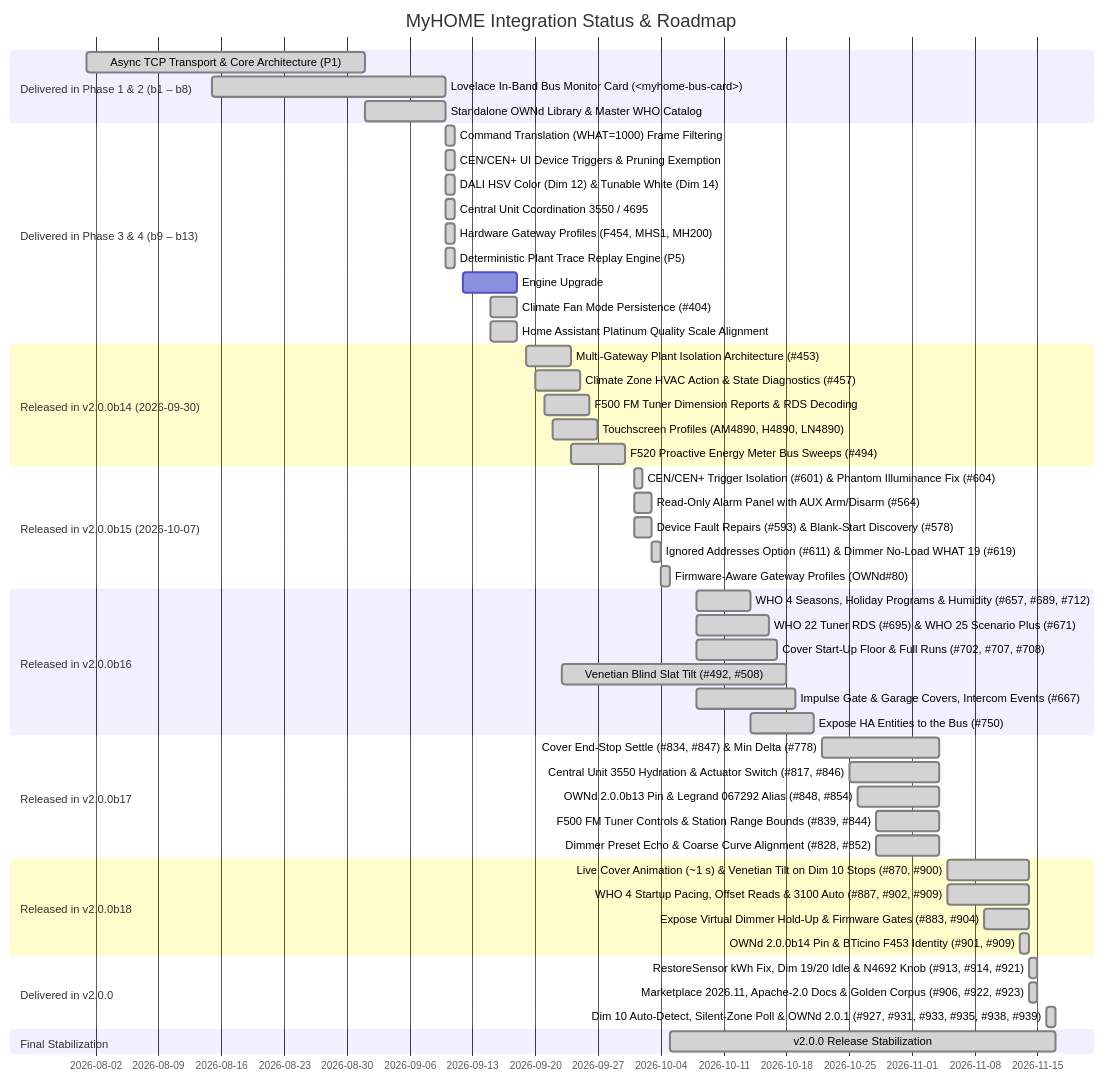
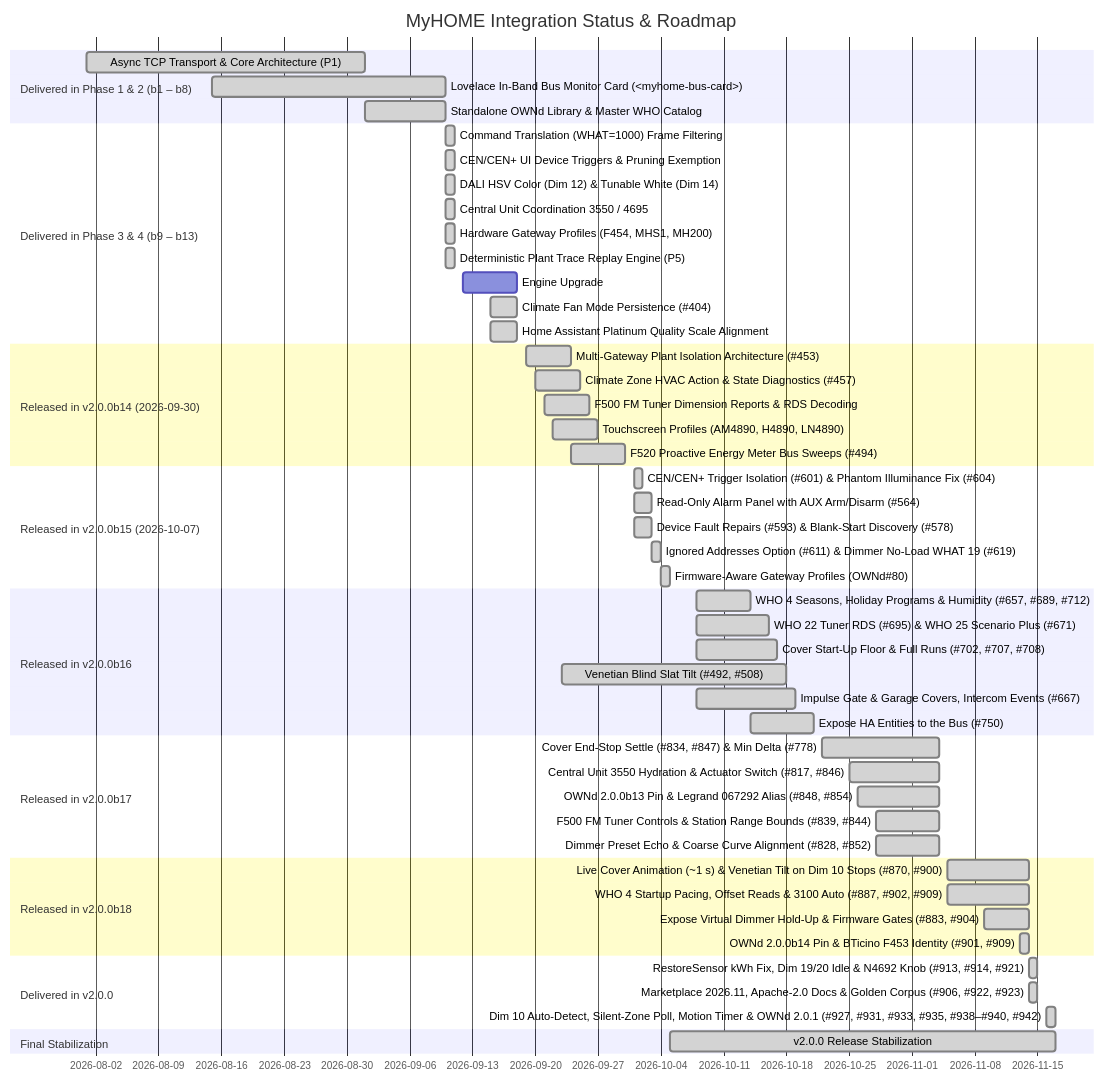
The first of 3 diagrams in docs/roadmap.md (OpenWebNet-HA/MyHOME), drawn with Mermaid before and after one commit. The commit also changed other lines of this file and 4 other files, not shown here.

````diff
--- a/docs/roadmap.md
+++ b/docs/roadmap.md
@@ -16,55 +16,55 @@
 ```mermaid
 gantt
     title MyHOME Integration Status & Roadmap
     dateFormat  YYYY-MM-DD
     section Delivered in Phase 1 & 2 (b1 – b8)
     Async TCP Transport & Core Architecture (P1)     :done, 2026-08-01, 2026-09-01
     Lovelace In-Band Bus Monitor Card (<myhome-bus-card>) :done, 2026-08-15, 2026-09-10
     Standalone OWNd Library & Master WHO Catalog     :done, 2026-09-01, 2026-09-10
     section Delivered in Phase 3 & 4 (b9 – b13)
     Command Translation (WHAT=1000) Frame Filtering   :done, 2026-09-10, 2026-09-11
     CEN/CEN+ UI Device Triggers & Pruning Exemption  :done, 2026-09-10, 2026-09-11
     DALI HSV Color (Dim 12) & Tunable White (Dim 14) :done, 2026-09-10, 2026-09-11
     Central Unit Coordination 3550 / 4695            :done, 2026-09-10, 2026-09-11
     Hardware Gateway Profiles (F454, MHS1, MH200)   :done, 2026-09-10, 2026-09-11
     Deterministic Plant Trace Replay Engine (P5)     :done, 2026-09-10, 2026-09-11
     Engine Upgrade: OWNd 2.0.0b8 (HMAC SHA-1/SHA-256) :done, 2026-09-12, 2026-09-18
     Climate Fan Mode Persistence (#404)              :done, 2026-09-15, 2026-09-18
     Home Assistant Platinum Quality Scale Alignment  :done, 2026-09-15, 2026-09-18
     section Released in v2.0.0b14 (2026-09-30)
     Multi-Gateway Plant Isolation Architecture (#453) :done, 2026-09-19, 2026-09-24
     Climate Zone HVAC Action & State Diagnostics (#457) :done, 2026-09-20, 2026-09-25
     F500 FM Tuner Dimension Reports & RDS Decoding   :done, 2026-09-21, 2026-09-26
     Touchscreen Profiles (AM4890, H4890, LN4890)     :done, 2026-09-22, 2026-09-27
     F520 Proactive Energy Meter Bus Sweeps (#494)    :done, 2026-09-24, 2026-09-30
     section Released in v2.0.0b15 (2026-10-07)
     CEN/CEN+ Trigger Isolation (#601) & Phantom Illuminance Fix (#604) :done, 2026-10-01, 2026-10-02
     Read-Only Alarm Panel with AUX Arm/Disarm (#564)  :done, 2026-10-01, 2026-10-03
     Device Fault Repairs (#593) & Blank-Start Discovery (#578) :done, 2026-10-01, 2026-10-03
     Ignored Addresses Option (#611) & Dimmer No-Load WHAT 19 (#619) :done, 2026-10-03, 2026-10-04
     Firmware-Aware Gateway Profiles (OWNd#80)         :done, 2026-10-04, 2026-10-05
     section Released in v2.0.0b16
     WHO 4 Seasons, Holiday Programs & Humidity (#657, #689, #712) :done, 2026-10-08, 2026-10-14
     WHO 22 Tuner RDS (#695) & WHO 25 Scenario Plus (#671) :done, 2026-10-08, 2026-10-16
     Cover Start-Up Floor & Full Runs (#702, #707, #708) :done, 2026-10-08, 2026-10-17
     Venetian Blind Slat Tilt (#492, #508)             :done, 2026-09-23, 2026-10-18
     Impulse Gate & Garage Covers, Intercom Events (#667) :done, 2026-10-08, 2026-10-19
     Expose HA Entities to the Bus (#750)              :done, 2026-10-14, 2026-10-21
     section Released in v2.0.0b17
     Cover End-Stop Settle (#834, #847) & Min Delta (#778) :done, 2026-10-22, 2026-11-04
     Central Unit 3550 Hydration & Actuator Switch (#817, #846) :done, 2026-10-25, 2026-11-04
     OWNd 2.0.0b13 Pin & Legrand 067292 Alias (#848, #854) :done, 2026-10-26, 2026-11-04
     F500 FM Tuner Controls & Station Range Bounds (#839, #844) :done, 2026-10-28, 2026-11-04
     Dimmer Preset Echo & Coarse Curve Alignment (#828, #852) :done, 2026-10-28, 2026-11-04
     section Released in v2.0.0b18
     Live Cover Animation (~1 s) & Venetian Tilt on Dim 10 Stops (#870, #900) :done, 2026-11-05, 2026-11-14
     WHO 4 Startup Pacing, Offset Reads & 3100 Auto (#887, #902, #909) :done, 2026-11-05, 2026-11-14
     Expose Virtual Dimmer Hold-Up & Firmware Gates (#883, #904) :done, 2026-11-09, 2026-11-14
     OWNd 2.0.0b14 Pin & BTicino F453 Identity (#901, #909) :done, 2026-11-13, 2026-11-14
     section Delivered in v2.0.0
     RestoreSensor kWh Fix, Dim 19/20 Idle & N4692 Knob (#913, #914, #921) :done, 2026-11-14, 2026-11-15
     Marketplace 2026.11, Apache-2.0 Docs & Golden Corpus (#906, #922, #923) :done, 2026-11-14, 2026-11-15
-    Dim 10 Auto-Detect, Silent-Zone Poll & OWNd 2.0.1 (#927, #931, #933, #935, #938, #939) :done, 2026-11-16, 2026-11-17
+    Dim 10 Auto-Detect, Silent-Zone Poll, Motion Timer & OWNd 2.0.1 (#927, #931, #933, #935, #938–#940, #942) :done, 2026-11-16, 2026-11-17
     section Final Stabilization
     v2.0.0 Release Stabilization :done, 2026-10-05, 2026-11-17
 ```
````
